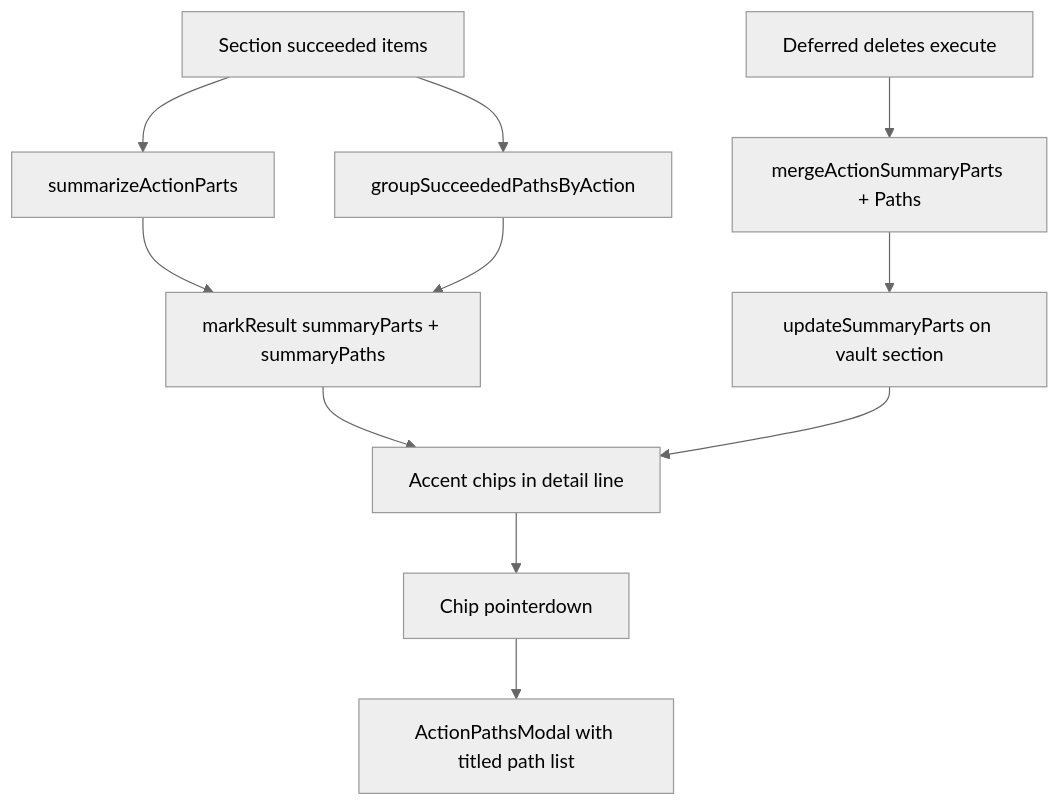
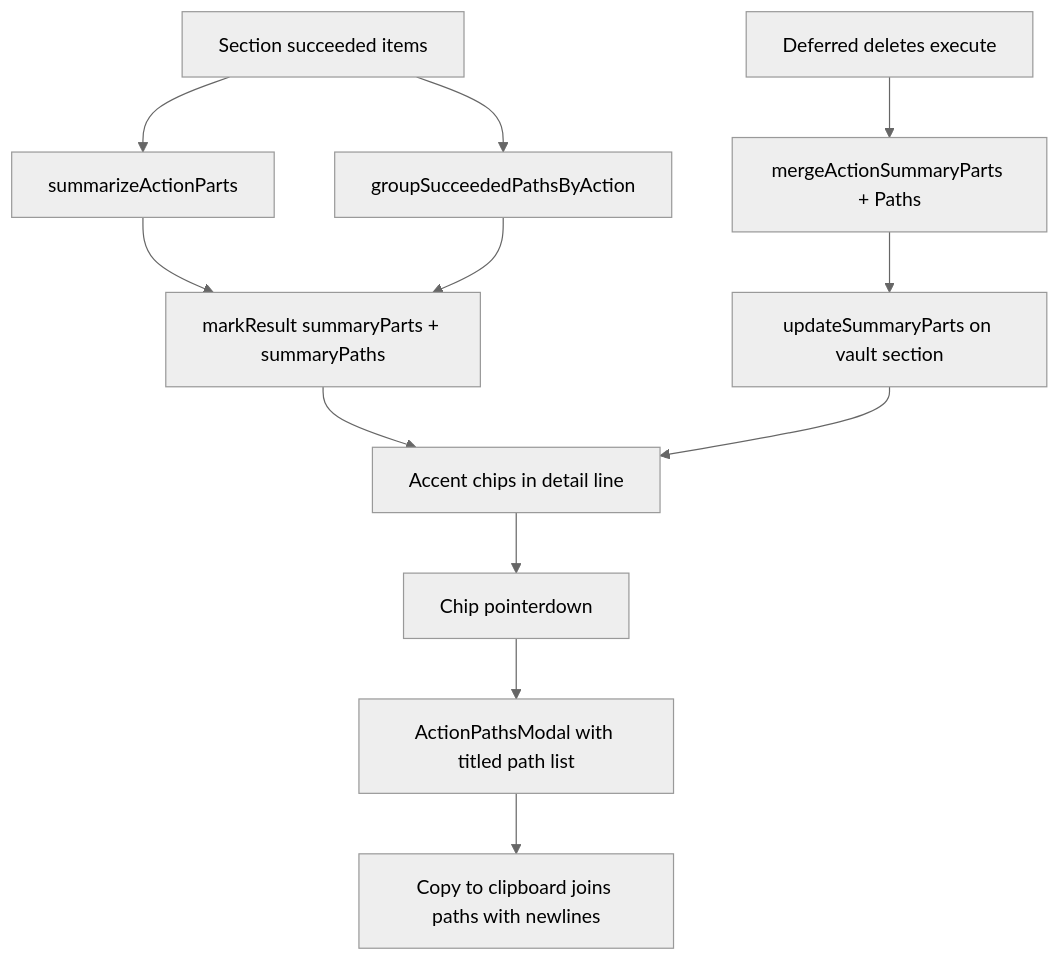
One commit to daledesilva/obsidian-dropbox-sync changed the fourth of 4 diagrams in docs/manual-sync-section-progress.md. Above: the diagram before and after it, drawn with Mermaid (neutral theme). The commit also changed other lines of this file and 1 other file, not shown here.

Commit message:
added: Gave the sync summary chip path modal a clipboard copy so users can paste the full file list elsewhere.

````diff
--- a/docs/manual-sync-section-progress.md
+++ b/docs/manual-sync-section-progress.md
@@ -77,13 +77,14 @@
 ```mermaid
 flowchart TD
   Succeeded[Section succeeded items] --> Parts[summarizeActionParts]
   Succeeded --> Paths[groupSucceededPathsByAction]
   Parts --> Mark[markResult summaryParts + summaryPaths]
   Paths --> Mark
   Deferred[Deferred deletes execute] --> Merge[mergeActionSummaryParts + Paths]
   Merge --> Patch[updateSummaryParts on vault section]
   Mark --> Chips[Accent chips in detail line]
   Patch --> Chips
   Chips --> Click[Chip pointerdown]
   Click --> Modal[ActionPathsModal with titled path list]
+  Modal --> Copy[Copy to clipboard joins paths with newlines]
 ```
````
